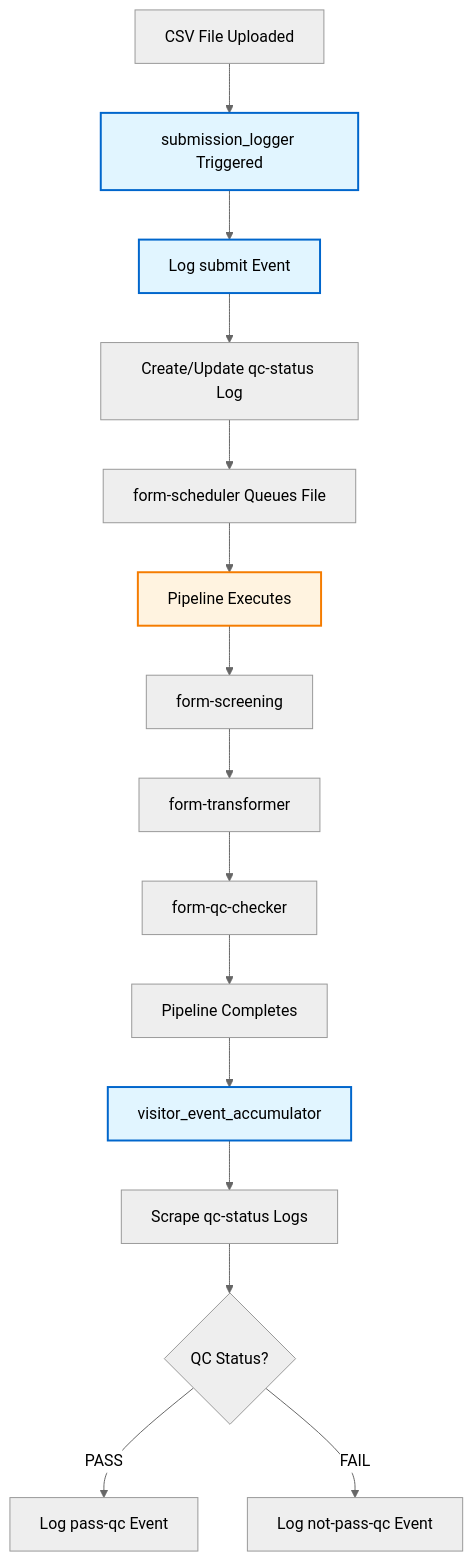
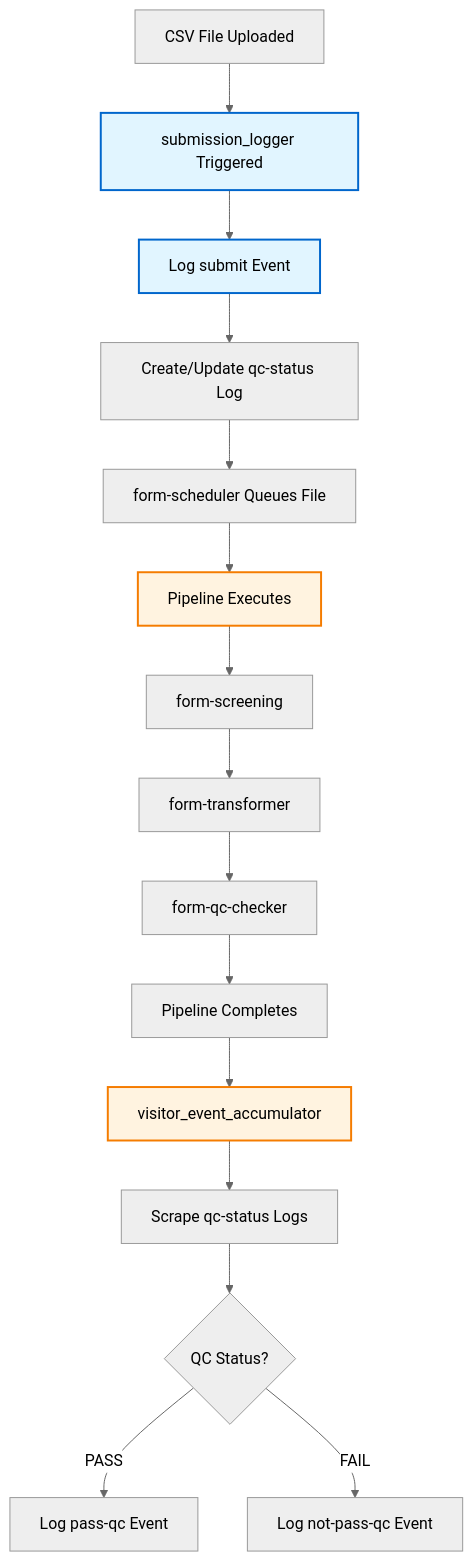
The second of 3 diagrams in docs/form_scheduler/event-logging.md (naccdata/flywheel-gear-extensions), drawn with Mermaid (neutral theme) before and after one commit. The commit also changed other lines of this file and 7 other files, not shown here.

Commit message:
Update event logging docs for form scheduler

````diff
--- a/docs/form_scheduler/event-logging.md
+++ b/docs/form_scheduler/event-logging.md
@@ -142,25 +129,31 @@
 ```mermaid
 flowchart TD
     A[CSV File Uploaded] --> B[submission_logger Triggered]
     B --> C[Log submit Event]
     C --> D[Create/Update qc-status Log]
     
     D --> E[form-scheduler Queues File]
     E --> F[Pipeline Executes]
     F --> G[form-screening]
     G --> H[form-transformer]
     H --> I[form-qc-checker]
     
     I --> J[Pipeline Completes]
     J --> K[visitor_event_accumulator]
     
     K --> L[Scrape qc-status Logs]
     L --> M{QC Status?}
     M -->|PASS| N[Log pass-qc Event]
     M -->|FAIL| O[Log not-pass-qc Event]
     
     style B fill:#e1f5ff,stroke:#0066cc,stroke-width:2px
     style C fill:#e1f5ff,stroke:#0066cc,stroke-width:2px
-    style K fill:#e1f5ff,stroke:#0066cc,stroke-width:2px
+    style K fill:#fff3e0,stroke:#f57c00,stroke-width:2px
     style F fill:#fff3e0,stroke:#f57c00,stroke-width:2px
+    
+    classDef formScheduler fill:#fff3e0,stroke:#f57c00,stroke-width:2px
+    classDef submissionLogger fill:#e1f5ff,stroke:#0066cc,stroke-width:2px
+    
+    class K,F formScheduler
+    class B,C submissionLogger
 ```
````
